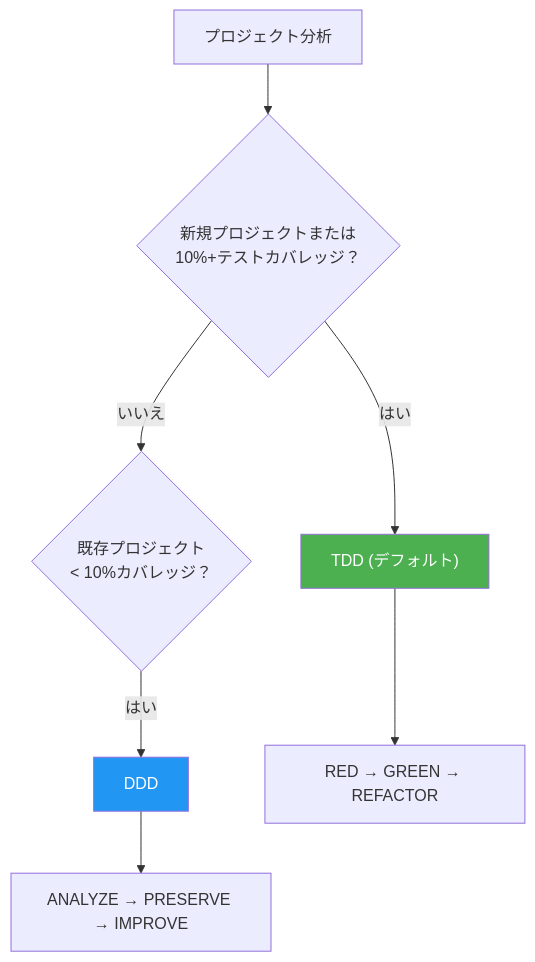
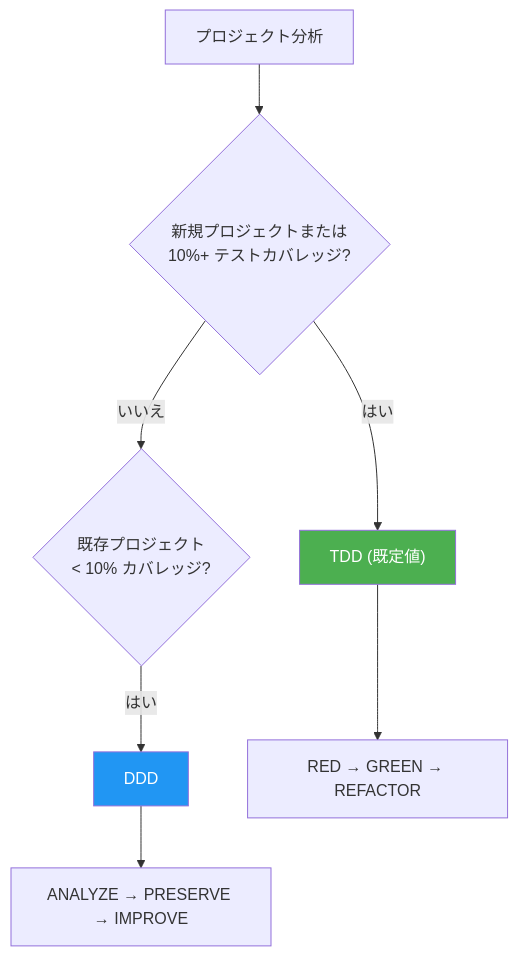
One commit to modu-ai/moai-adk changed the second of 5 diagrams in docs-site/content/ja/core-concepts/what-is-moai-adk.md. Above: the diagram before and after it, drawn with Mermaid. The commit also changed other lines of this file and 395 other files, not shown here.

````diff
--- a/docs-site/content/ja/core-concepts/what-is-moai-adk.md
+++ b/docs-site/content/ja/core-concepts/what-is-moai-adk.md
@@ -165,12 +195,12 @@
 ```mermaid
 flowchart TD
-    A["プロジェクト分析"] --> B{"新規プロジェクトまたは\n10%+テストカバレッジ？"}
-    B -->|"はい"| C["TDD (デフォルト)"]
-    B -->|"いいえ"| D{"既存プロジェクト\n< 10%カバレッジ？"}
+    A["プロジェクト分析"] --> B{"新規プロジェクトまたは\n10%+ テストカバレッジ?"}
+    B -->|"はい"| C["TDD (既定値)"]
+    B -->|"いいえ"| D{"既存プロジェクト\n< 10% カバレッジ?"}
     D -->|"はい"| E["DDD"]
     C --> F["RED → GREEN → REFACTOR"]
     E --> G["ANALYZE → PRESERVE → IMPROVE"]
 
     style C fill:#4CAF50,color:#fff
     style E fill:#2196F3,color:#fff
 ```
````
